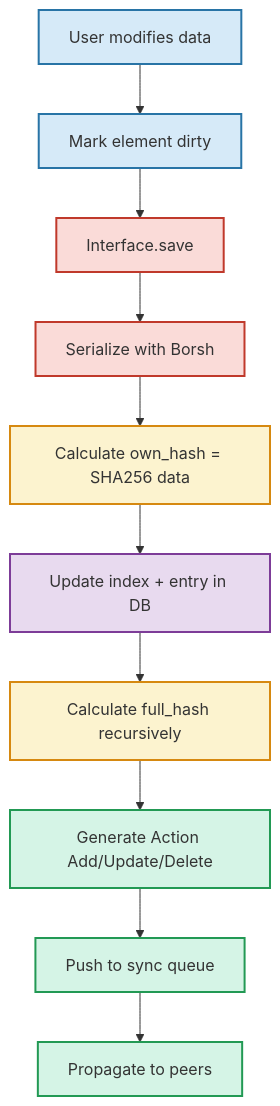
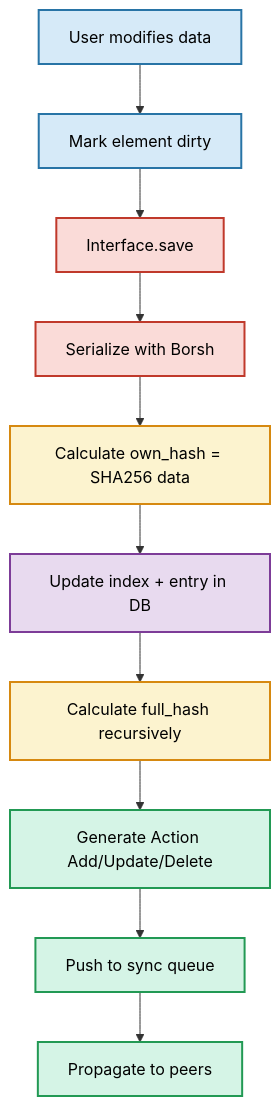
The sixth of 9 diagrams in crates/storage/README.md (calimero-network/core), drawn with Mermaid before and after one commit. The commit also changed other lines of this file, not shown here.

First line of the commit message:
docs(storage): add black text color to all diagrams

````diff
--- a/crates/storage/README.md
+++ b/crates/storage/README.md
@@ -230,23 +230,23 @@
 ```mermaid
 flowchart TD
     A[User modifies data] --> B[Mark element dirty]
     B --> C[Interface.save]
     C --> D[Serialize with Borsh]
     D --> E[Calculate own_hash = SHA256 data]
     E --> F[Update index + entry in DB]
     F --> G[Calculate full_hash recursively]
     G --> H[Generate Action Add/Update/Delete]
     H --> I[Push to sync queue]
     I --> J[Propagate to peers]
     
-    style A fill:#D6EAF8,stroke:#2874A6,stroke-width:2px
-    style B fill:#D6EAF8,stroke:#2874A6,stroke-width:2px
-    style C fill:#FADBD8,stroke:#C0392B,stroke-width:2px
-    style D fill:#FADBD8,stroke:#C0392B,stroke-width:2px
-    style E fill:#FCF3CF,stroke:#D68910,stroke-width:2px
-    style F fill:#E8DAEF,stroke:#7D3C98,stroke-width:2px
-    style G fill:#FCF3CF,stroke:#D68910,stroke-width:2px
-    style H fill:#D5F4E6,stroke:#229954,stroke-width:2px
-    style I fill:#D5F4E6,stroke:#229954,stroke-width:2px
-    style J fill:#D5F4E6,stroke:#229954,stroke-width:2px
+    style A fill:#D6EAF8,stroke:#2874A6,stroke-width:2px,color:#000
+    style B fill:#D6EAF8,stroke:#2874A6,stroke-width:2px,color:#000
+    style C fill:#FADBD8,stroke:#C0392B,stroke-width:2px,color:#000
+    style D fill:#FADBD8,stroke:#C0392B,stroke-width:2px,color:#000
+    style E fill:#FCF3CF,stroke:#D68910,stroke-width:2px,color:#000
+    style F fill:#E8DAEF,stroke:#7D3C98,stroke-width:2px,color:#000
+    style G fill:#FCF3CF,stroke:#D68910,stroke-width:2px,color:#000
+    style H fill:#D5F4E6,stroke:#229954,stroke-width:2px,color:#000
+    style I fill:#D5F4E6,stroke:#229954,stroke-width:2px,color:#000
+    style J fill:#D5F4E6,stroke:#229954,stroke-width:2px,color:#000
 ```
````
